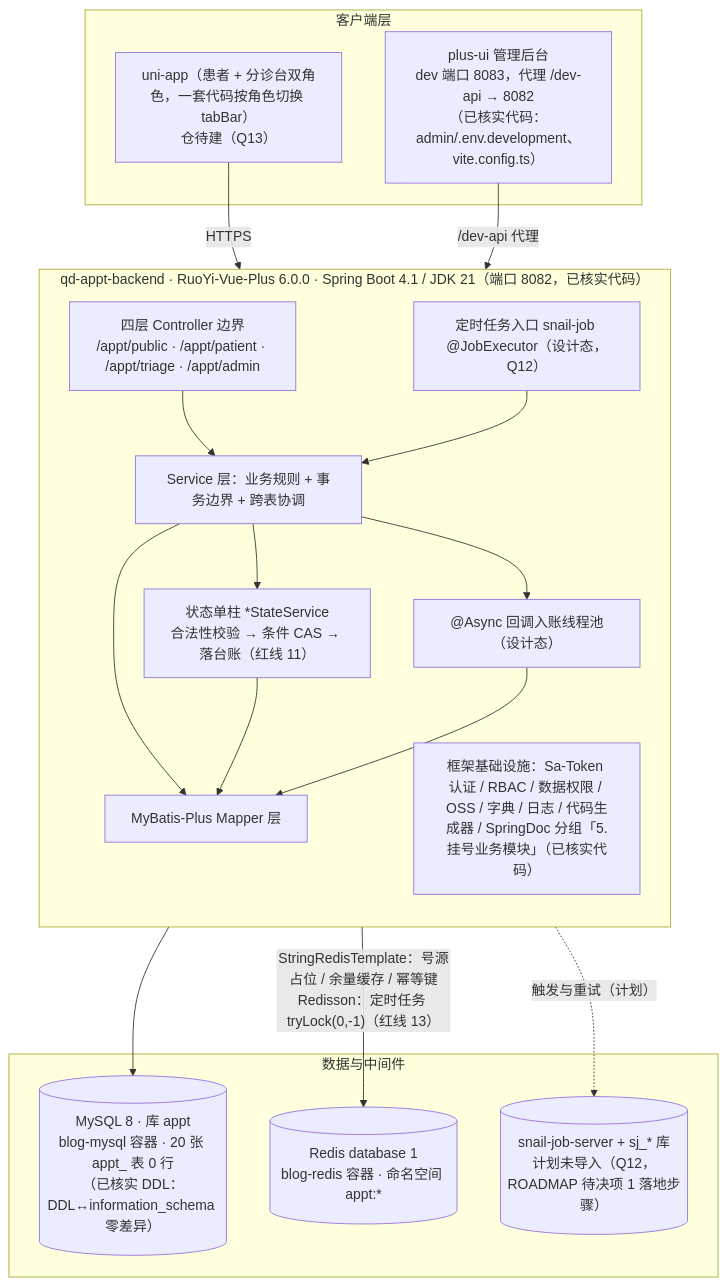
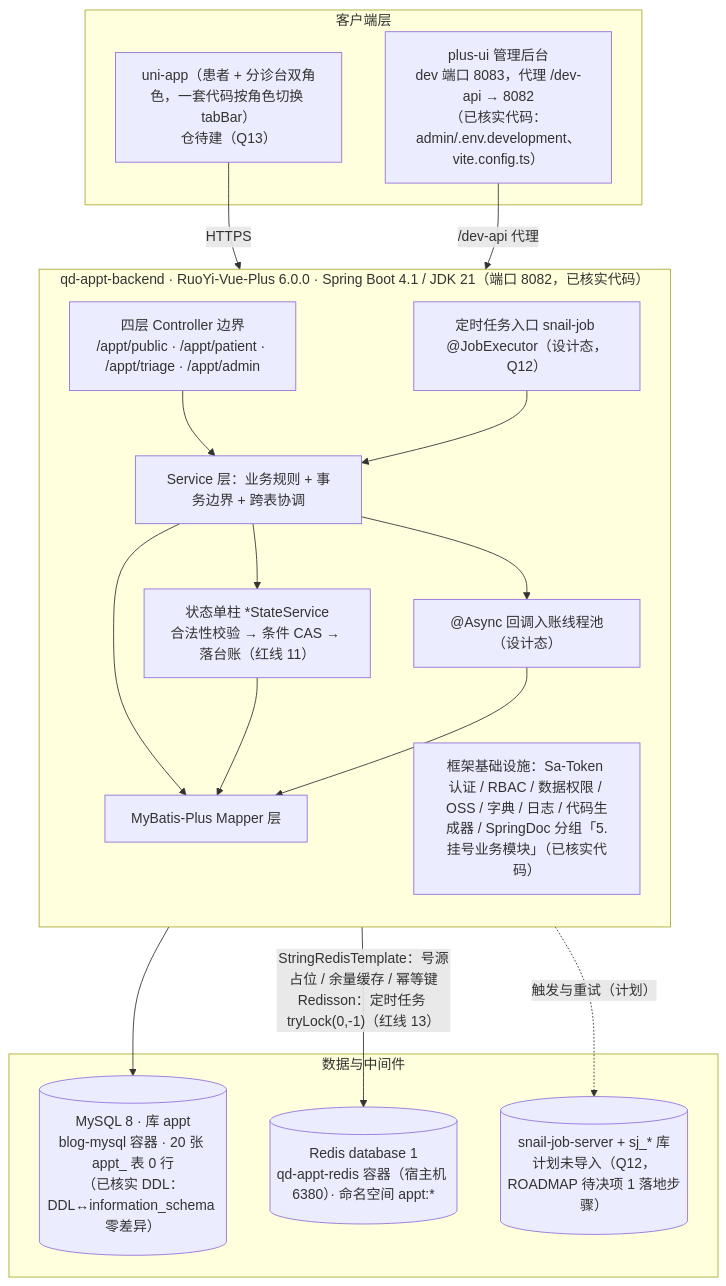
One commit to xcqj/qd-appt-docs changed the first of 2 diagrams in understanding/06-system-architecture.md. Above: the diagram before and after it, drawn with Mermaid. The commit also changed 2 other files, not shown here.

Commit message:
docs(env): Redis 端口与容器归属同步 6380（qd-appt-redis）
改了什么
- AGENTS.md §7：环境事实 Redis 6379 → 6380（db1、AOF 已开），注明 6379 上是他项目的
  blog-redis 且不要再借用；核实日期改 2026-10-23
- README.md：前置容器表 Redis 改为 qd-appt-redis（backend/deploy 编排，宿主机 6380）
- understanding/06-system-architecture.md：架构图 Redis 节点改名

为什么
backend 侧已改 application-dev.yml 指向 6380（见 backend 提交 8874406），文档口径需一致。

验证
- python3 script/doc_audit.py 五项全 PASS

````diff
--- a/understanding/06-system-architecture.md
+++ b/understanding/06-system-architecture.md
@@ -8,34 +8,34 @@
 ```mermaid
 flowchart TB
     subgraph clients["客户端层"]
         APP["uni-app（患者 + 分诊台双角色，一套代码按角色切换 tabBar）<br/>仓待建（Q13）"]
         ADMIN["plus-ui 管理后台<br/>dev 端口 8083，代理 /dev-api → 8082<br/>（已核实代码：admin/.env.development、vite.config.ts）"]
     end
     subgraph be["qd-appt-backend · RuoYi-Vue-Plus 6.0.0 · Spring Boot 4.1 / JDK 21（端口 8082，已核实代码）"]
         direction TB
         CTRL["四层 Controller 边界<br/>/appt/public · /appt/patient · /appt/triage · /appt/admin"]
         SVC["Service 层：业务规则 + 事务边界 + 跨表协调"]
         MAP["MyBatis-Plus Mapper 层"]
         STATE["状态单柱 *StateService<br/>合法性校验 → 条件 CAS → 落台账（红线 11）"]
         ASYNC["@Async 回调入账线程池（设计态）"]
         JOB["定时任务入口 snail-job @JobExecutor（设计态，Q12）"]
         FRAME["框架基础设施：Sa-Token 认证 / RBAC / 数据权限 / OSS / 字典 / 日志 / 代码生成器 / SpringDoc 分组「5.挂号业务模块」（已核实代码）"]
         CTRL --> SVC
         SVC --> STATE
         SVC --> MAP
         SVC --> ASYNC
         JOB --> SVC
     end
     subgraph infra["数据与中间件"]
         MYSQL[("MySQL 8 · 库 appt<br/>blog-mysql 容器 · 20 张 appt_ 表 0 行<br/>（已核实 DDL：DDL↔information_schema 零差异）")]
-        REDIS[("Redis database 1<br/>blog-redis 容器 · 命名空间 appt:*")]
+        REDIS[("Redis database 1<br/>qd-appt-redis 容器（宿主机 6380）· 命名空间 appt:*")]
         SJ[("snail-job-server + sj_* 库<br/>计划未导入（Q12，ROADMAP 待决项 1 落地步骤）")]
     end
     APP -->|HTTPS| CTRL
     ADMIN -->|/dev-api 代理| CTRL
     MAP --> MYSQL
     STATE --> MAP
     ASYNC --> MAP
     SVC -->|"StringRedisTemplate：号源占位 / 余量缓存 / 幂等键<br/>Redisson：定时任务 tryLock(0,-1)（红线 13）"| REDIS
     JOB -.->|"触发与重试（计划）"| SJ
 ```
````
